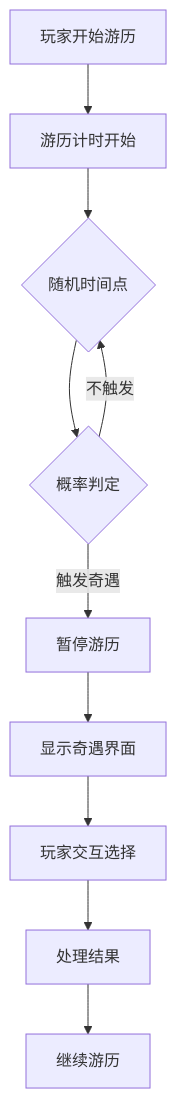
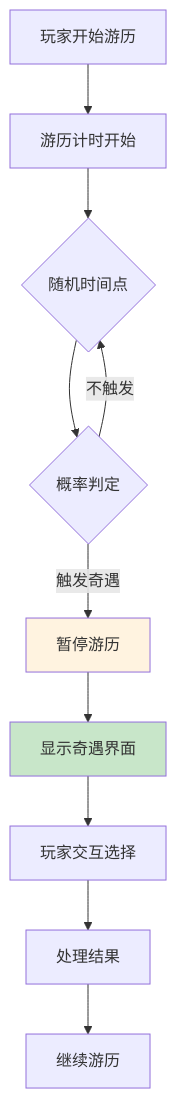
One commit to Alan-Ben/k2c_game_framework changed the fifth of 9 diagrams in docs/Module_Ancecdote/05_完整说明.md. Above: the diagram before and after it, drawn with Mermaid. The commit also changed other lines of this file and 5 other files, not shown here.

````diff
--- a/docs/Module_Ancecdote/05_完整说明.md
+++ b/docs/Module_Ancecdote/05_完整说明.md
@@ -153,12 +203,15 @@
 ```mermaid
 flowchart TD
     A[玩家开始游历] --> B[游历计时开始]
     B --> C{随机时间点}
     C --> D{概率判定}
     D -->|触发奇遇| E[暂停游历]
     D -->|不触发| C
     E --> F[显示奇遇界面]
     F --> G[玩家交互选择]
     G --> H[处理结果]
     H --> I[继续游历]
+
+    style E fill:#fff3e0
+    style F fill:#c8e6c9
 ```
````
